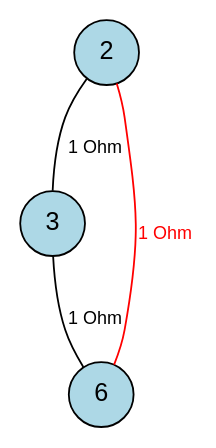
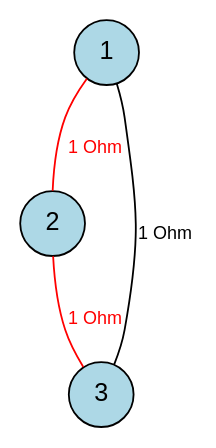
Before and after one commit to francescofoglia0/CircuitsProject: the diagram in BuildProject/depina_ciclo_1.dot, drawn with Graphviz. The commit also changed 48 other files, not shown here.

```diff
--- a/BuildProject/depina_ciclo_1.dot
+++ b/BuildProject/depina_ciclo_1.dot
@@ -1,9 +1,9 @@
 graph Circuito {
     // Stile dei nodi e degli archi
     node [shape=circle, style=filled, fillcolor=lightblue, fontname="Helvetica"];
     edge [fontname="Helvetica", fontsize=10];
 
-    2 -- 3 [label="\n1 Ohm"];
-    2 -- 6 [label="\n1 Ohm", color="red", fontcolor="red"];
-    3 -- 6 [label="\n1 Ohm"];
+    1 -- 2 [label="\n1 Ohm", color="red", fontcolor="red"];
+    1 -- 3 [label="\n1 Ohm"];
+    2 -- 3 [label="\n1 Ohm", color="red", fontcolor="red"];
 }
```
